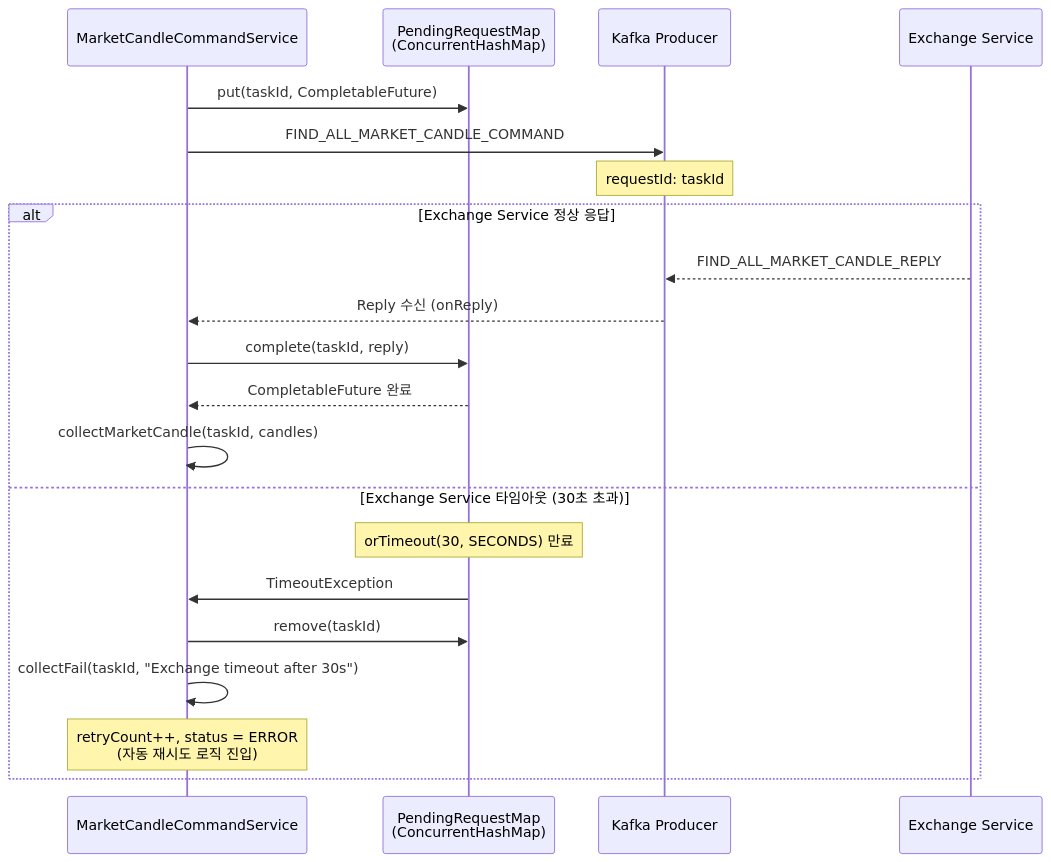
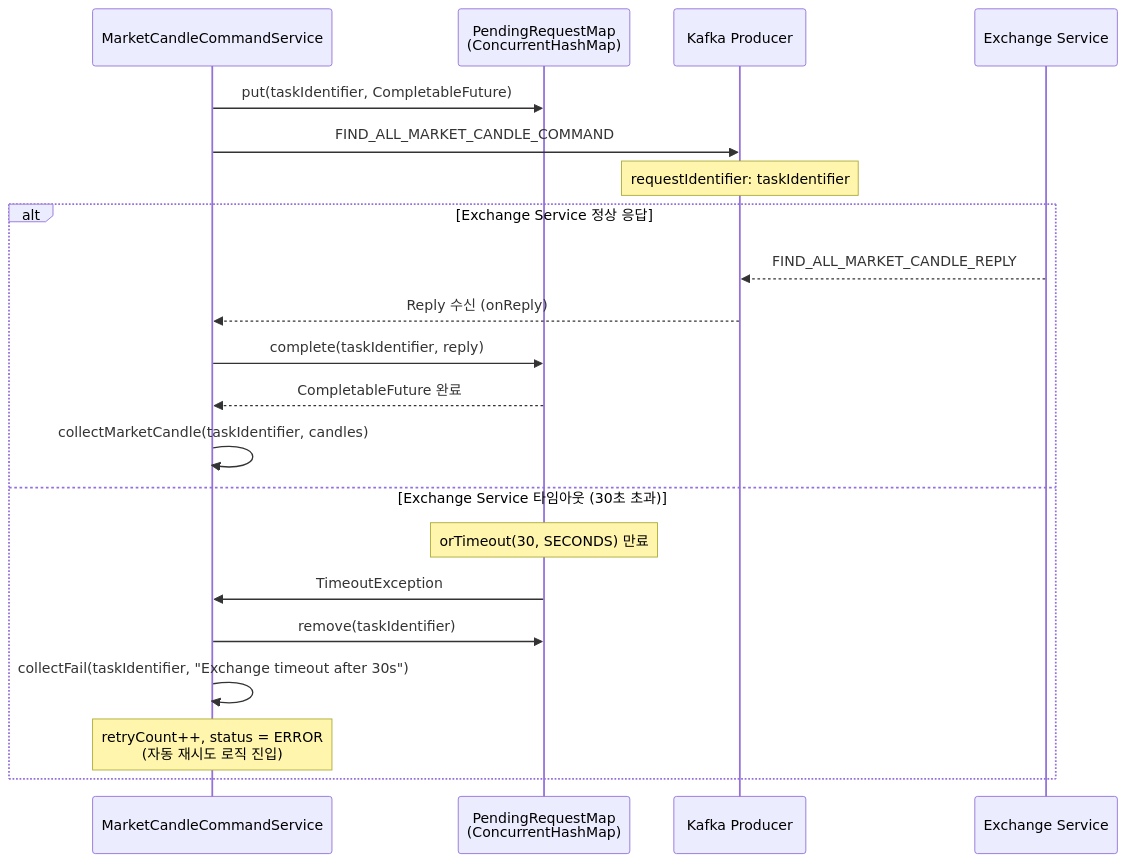
Diagram 15 of 17 in backend/market/sequence-diagram.md (Trade-Pilot/.github), drawn with Mermaid before and after one commit. The commit also changed other lines of this file and 17 other files, not shown here.

````diff
--- a/backend/market/sequence-diagram.md
+++ b/backend/market/sequence-diagram.md
@@ -622,25 +622,25 @@
 ```mermaid
 sequenceDiagram
     participant Service as MarketCandleCommandService
     participant PendingMap as PendingRequestMap<br/>(ConcurrentHashMap)
     participant Kafka as Kafka Producer
     participant Exchange as Exchange Service
 
-    Service->>PendingMap: put(taskId, CompletableFuture)
+    Service->>PendingMap: put(taskIdentifier, CompletableFuture)
     Service->>Kafka: FIND_ALL_MARKET_CANDLE_COMMAND
-    Note over Kafka: requestId: taskId
+    Note over Kafka: requestIdentifier: taskIdentifier
 
     alt Exchange Service 정상 응답
         Exchange-->>Kafka: FIND_ALL_MARKET_CANDLE_REPLY
         Kafka-->>Service: Reply 수신 (onReply)
-        Service->>PendingMap: complete(taskId, reply)
+        Service->>PendingMap: complete(taskIdentifier, reply)
         PendingMap-->>Service: CompletableFuture 완료
-        Service->>Service: collectMarketCandle(taskId, candles)
+        Service->>Service: collectMarketCandle(taskIdentifier, candles)
     else Exchange Service 타임아웃 (30초 초과)
         Note over PendingMap: orTimeout(30, SECONDS) 만료
         PendingMap->>Service: TimeoutException
-        Service->>PendingMap: remove(taskId)
-        Service->>Service: collectFail(taskId, "Exchange timeout after 30s")
+        Service->>PendingMap: remove(taskIdentifier)
+        Service->>Service: collectFail(taskIdentifier, "Exchange timeout after 30s")
         Note over Service: retryCount++, status = ERROR<br/>(자동 재시도 로직 진입)
     end
 ```
````
